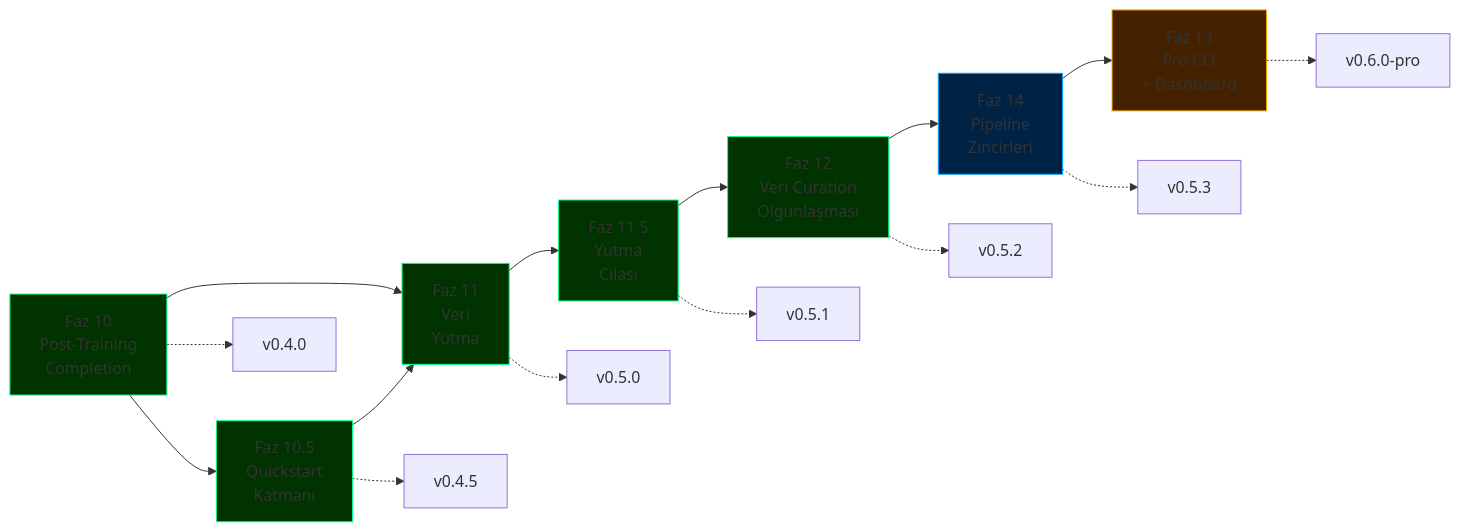
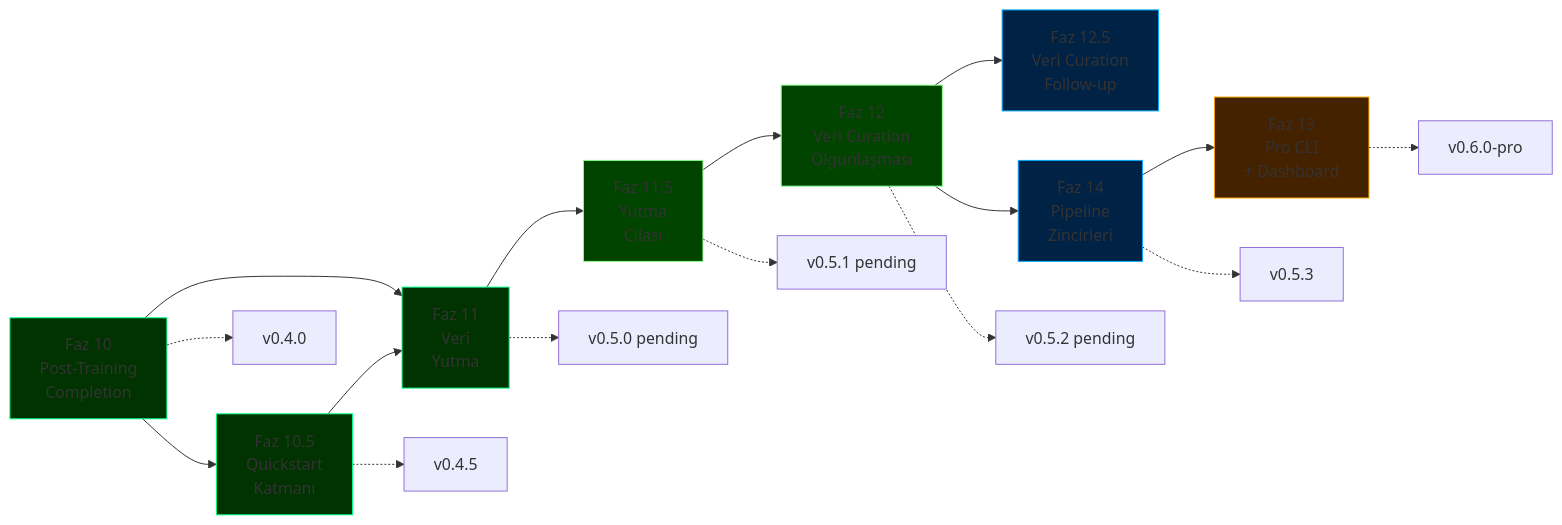
Before and after one commit to cemililik/ForgeLM: the diagram in docs/roadmap-tr.md, drawn with Mermaid. The commit also changed other lines of this file and 5 other files, not shown here.

First line of the commit message:
docs(post-merge): refresh roadmap + README + CHANGELOG to match merged-on-main state

````diff
--- a/docs/roadmap-tr.md
+++ b/docs/roadmap-tr.md
@@ -32,26 +33,28 @@
 ```mermaid
 graph LR
     P10[Faz 10<br/>Post-Training<br/>Completion] --> P105[Faz 10.5<br/>Quickstart<br/>Katmanı]
     P10 --> P11[Faz 11<br/>Veri<br/>Yutma]
     P105 --> P11
     P11 --> P115[Faz 11.5<br/>Yutma<br/>Cilası]
     P115 --> P12[Faz 12<br/>Veri Curation<br/>Olgunlaşması]
+    P12 --> P125[Faz 12.5<br/>Veri Curation<br/>Follow-up]
     P12 --> P14[Faz 14<br/>Pipeline<br/>Zincirleri]
     P14 --> P13[Faz 13<br/>Pro CLI<br/>+ Dashboard]
 
     P10 -.-> V1[v0.4.0]
     P105 -.-> V15[v0.4.5]
-    P11 -.-> V2[v0.5.0]
-    P115 -.-> V21[v0.5.1]
-    P12 -.-> V22[v0.5.2]
+    P11 -.-> V2[v0.5.0 pending]
+    P115 -.-> V21[v0.5.1 pending]
+    P12 -.-> V22[v0.5.2 pending]
     P14 -.-> V23[v0.5.3]
     P13 -.-> V3[v0.6.0-pro]
 
     style P10 fill:#003300,stroke:#00ff88
     style P105 fill:#003300,stroke:#00ff88
     style P11 fill:#003300,stroke:#00ff88
-    style P115 fill:#003300,stroke:#00ff88
-    style P12 fill:#003300,stroke:#00ff88
+    style P115 fill:#004400,stroke:#88ff88
+    style P12 fill:#004400,stroke:#88ff88
+    style P125 fill:#002244,stroke:#00aaff
     style P14 fill:#002244,stroke:#00aaff
     style P13 fill:#442200,stroke:#ffaa00
 ```
````
